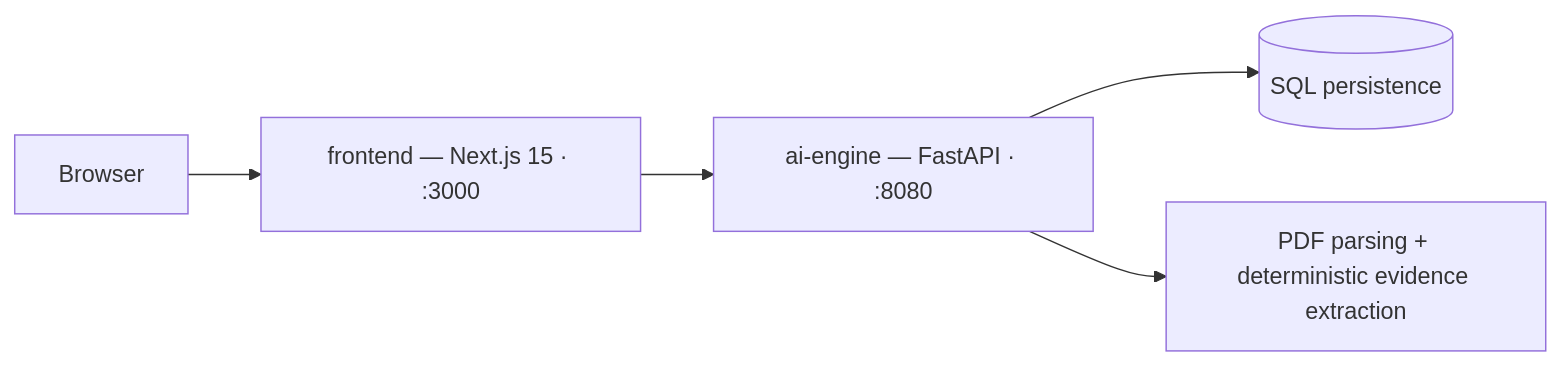
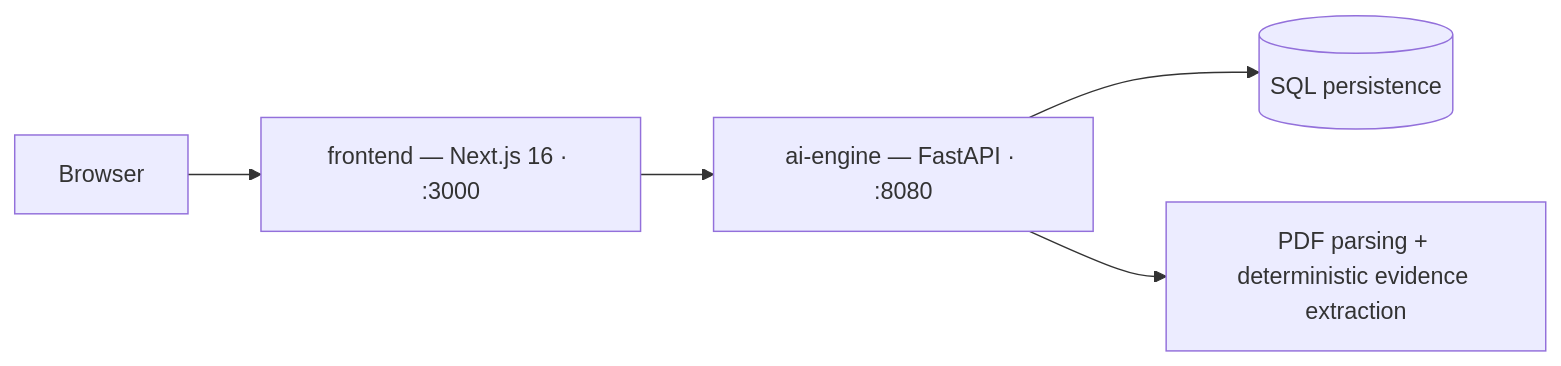
Before and after one commit to evidence-intelligence-platform/eip-core: the diagram in README.md, drawn with Mermaid. The commit also changed other lines of this file and 5 other files, not shown here.

````diff
--- a/README.md
+++ b/README.md
@@ -21,7 +21,7 @@
 ```mermaid
 flowchart LR
-  U[Browser] --> FE[frontend — Next.js 15 · :3000]
+  U[Browser] --> FE[frontend — Next.js 16 · :3000]
   FE --> API[ai-engine — FastAPI · :8080]
   API --> DB[(SQL persistence)]
   API --> EX[PDF parsing + deterministic evidence extraction]
 ```
````
